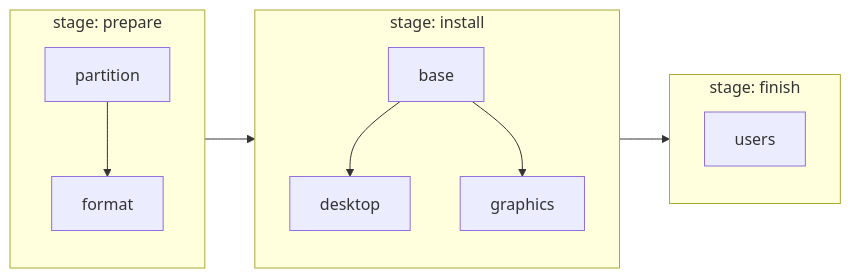
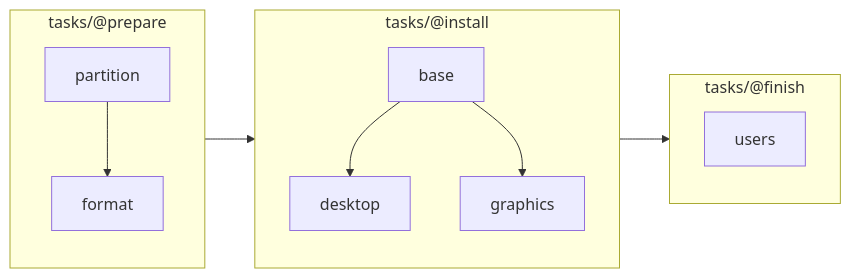
The third of 3 diagrams in docs/README.md (murkl/oak), drawn with Mermaid before and after one commit. The commit also changed other lines of this file and 53 other files, not shown here.

Commit message:
Start at 0.1.0 instead of 1.0.0   Title the frame after the product, not the module   Open every run on a welcome page   Lay tasks out by stage folders and rename execute to script   Let a module say what opening it does   Rework the validation setting in the settings page

````diff
--- a/docs/README.md
+++ b/docs/README.md
@@ -178,17 +176,17 @@
 ```mermaid
 flowchart LR
-    subgraph S1["stage: prepare"]
+    subgraph S1["tasks/@prepare"]
         direction TB
         P1["partition"] --> P2["format"]
     end
-    subgraph S2["stage: install"]
+    subgraph S2["tasks/@install"]
         direction TB
         B["base"] --> D["desktop"]
         B --> G["graphics"]
     end
-    subgraph S3["stage: finish"]
+    subgraph S3["tasks/@finish"]
         direction TB
         U["users"]
     end
     S1 --> S2 --> S3
 ```
````
